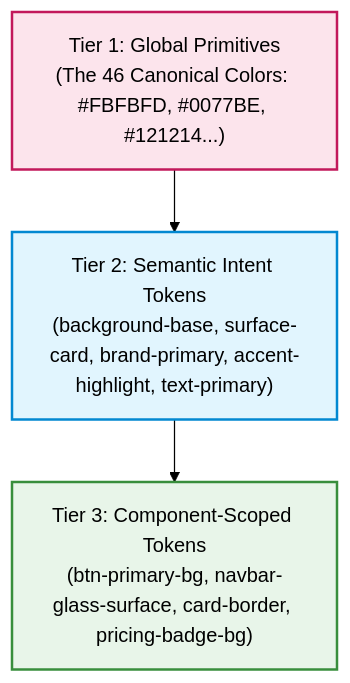
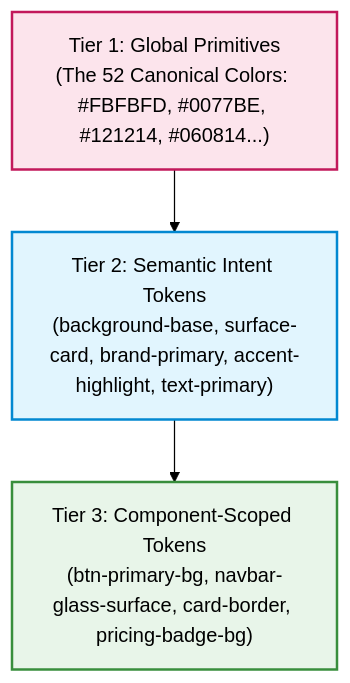
Before and after one commit to swayamprabhu2005/agent-dev-skills: the diagram in chroma-craft/docs/architecture.md, drawn with Mermaid (forest theme). The commit also changed 14 other files, not shown here.

````diff
--- a/chroma-craft/docs/architecture.md
+++ b/chroma-craft/docs/architecture.md
@@ -11,10 +11,10 @@
 ```mermaid
 flowchart TD
-    Tier1["Tier 1: Global Primitives\n(The 46 Canonical Colors: #FBFBFD, #0077BE, #121214...)"]
+    Tier1["Tier 1: Global Primitives\n(The 52 Canonical Colors: #FBFBFD, #0077BE, #121214, #060814...)"]
     --> Tier2["Tier 2: Semantic Intent Tokens\n(background-base, surface-card, brand-primary, accent-highlight, text-primary)"]
     --> Tier3["Tier 3: Component-Scoped Tokens\n(btn-primary-bg, navbar-glass-surface, card-border, pricing-badge-bg)"]
     
     style Tier1 fill:#fce4ec,stroke:#c2185b,stroke-width:2px
     style Tier2 fill:#e1f5fe,stroke:#0288d1,stroke-width:2px
     style Tier3 fill:#e8f5e9,stroke:#388e3c,stroke-width:2px
 ```
````
